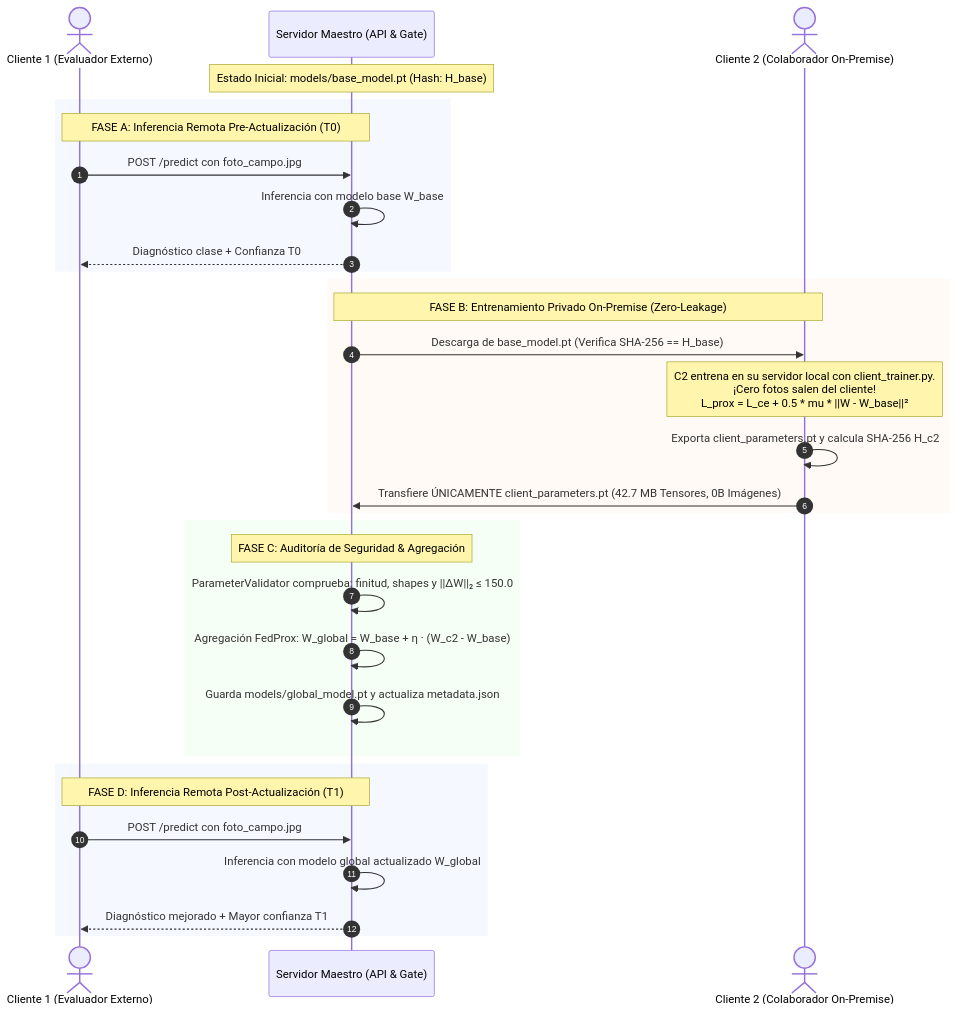
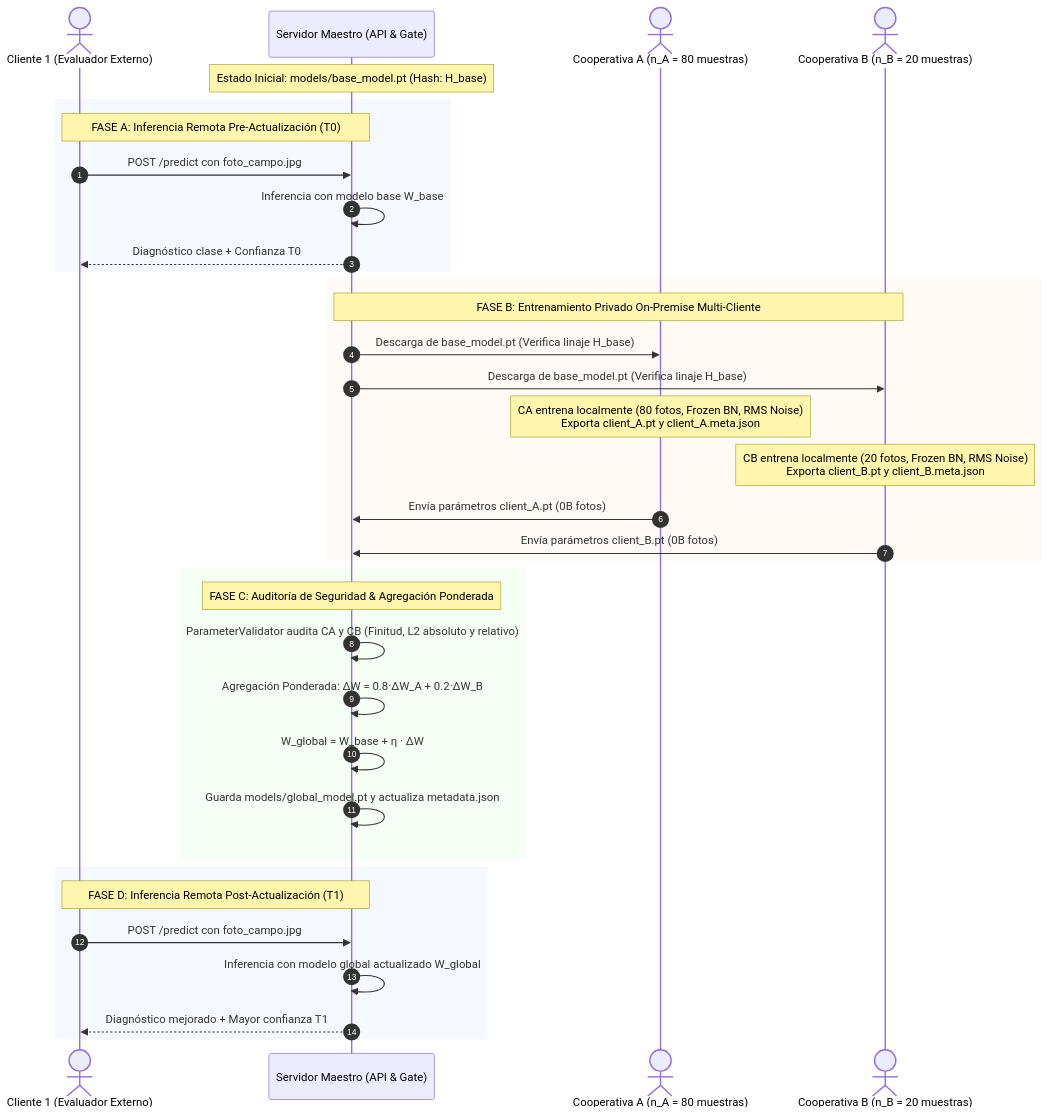
Before and after one commit to Diegodepab/AgriFed-khaos: the second of 2 diagrams in docs/architecture.md, drawn with Mermaid. The commit also changed other lines of this file and 36 other files, not shown here.

````diff
--- a/docs/architecture.md
+++ b/docs/architecture.md
@@ -122,38 +141,42 @@
 ```mermaid
 sequenceDiagram
     autonumber
     actor C1 as Cliente 1 (Evaluador Externo)
     participant Server as Servidor Maestro (API & Gate)
-    actor C2 as Cliente 2 (Colaborador On-Premise)
+    actor CA as Cooperativa A (n_A = 80 muestras)
+    actor CB as Cooperativa B (n_B = 20 muestras)
 
     Note over Server: Estado Inicial: models/base_model.pt (Hash: H_base)
     
     rect rgb(245, 248, 255)
     Note over C1,Server: FASE A: Inferencia Remota Pre-Actualización (T0)
     C1->>Server: POST /predict con foto_campo.jpg
     Server->>Server: Inferencia con modelo base W_base
     Server-->>C1: Diagnóstico clase + Confianza T0
     end
 
     rect rgb(255, 250, 245)
-    Note over Server,C2: FASE B: Entrenamiento Privado On-Premise (Zero-Leakage)
-    Server->>C2: Descarga de base_model.pt (Verifica SHA-256 == H_base)
-    Note over C2: C2 entrena en su servidor local con client_trainer.py.<br/>¡Cero fotos salen del cliente!<br/>L_prox = L_ce + 0.5 * mu * ||W - W_base||²
-    C2->>C2: Exporta client_parameters.pt y calcula SHA-256 H_c2
-    C2->>Server: Transfiere ÚNICAMENTE client_parameters.pt (42.7 MB Tensores, 0B Imágenes)
+    Note over Server,CB: FASE B: Entrenamiento Privado On-Premise Multi-Cliente
+    Server->>CA: Descarga de base_model.pt (Verifica linaje H_base)
+    Server->>CB: Descarga de base_model.pt (Verifica linaje H_base)
+    Note over CA: CA entrena localmente (80 fotos, Frozen BN, RMS Noise)<br/>Exporta client_A.pt y client_A.meta.json
+    Note over CB: CB entrena localmente (20 fotos, Frozen BN, RMS Noise)<br/>Exporta client_B.pt y client_B.meta.json
+    CA->>Server: Envía parámetros client_A.pt (0B fotos)
+    CB->>Server: Envía parámetros client_B.pt (0B fotos)
     end
 
     rect rgb(245, 255, 245)
-    Note over Server: FASE C: Auditoría de Seguridad & Agregación
-    Server->>Server: ParameterValidator comprueba: finitud, shapes y ||ΔW||₂ ≤ 150.0
-    Server->>Server: Agregación FedProx: W_global = W_base + η · (W_c2 - W_base)
+    Note over Server: FASE C: Auditoría de Seguridad & Agregación Ponderada
+    Server->>Server: ParameterValidator audita CA y CB (Finitud, L2 absoluto y relativo)
+    Server->>Server: Agregación Ponderada: ΔW = 0.8·ΔW_A + 0.2·ΔW_B
+    Server->>Server: W_global = W_base + η · ΔW
     Server->>Server: Guarda models/global_model.pt y actualiza metadata.json
     end
 
     rect rgb(245, 248, 255)
     Note over C1,Server: FASE D: Inferencia Remota Post-Actualización (T1)
     C1->>Server: POST /predict con foto_campo.jpg
     Server->>Server: Inferencia con modelo global actualizado W_global
     Server-->>C1: Diagnóstico mejorado + Mayor confianza T1
     end
 ```
````
